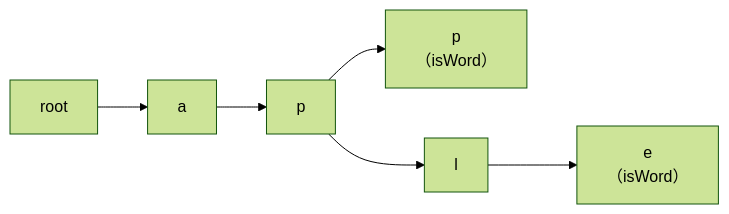
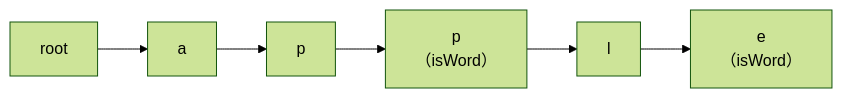
One commit to xiehanff/myblog changed the diagram in content/cs101/02-算法与数据结构/01-算法基础/15-字符串算法.md. Above: the diagram before and after it, drawn with Mermaid (forest theme). The commit also changed 16 other files, not shown here.

First line of the commit message:
docs: 替换旧图片为 Mermaid 图表并完善内容说明

````diff
--- a/content/cs101/02-算法与数据结构/01-算法基础/15-字符串算法.md
+++ b/content/cs101/02-算法与数据结构/01-算法基础/15-字符串算法.md
@@ -249,8 +249,8 @@
 ```mermaid
 flowchart LR
   root["root"] --> a["a"]
   a --> p1["p"]
   p1 --> p2["p<br/>（isWord）"]
-  p1 --> l["l"]
+  p2 --> l["l"]
   l --> e["e<br/>（isWord）"]
 ```
````
